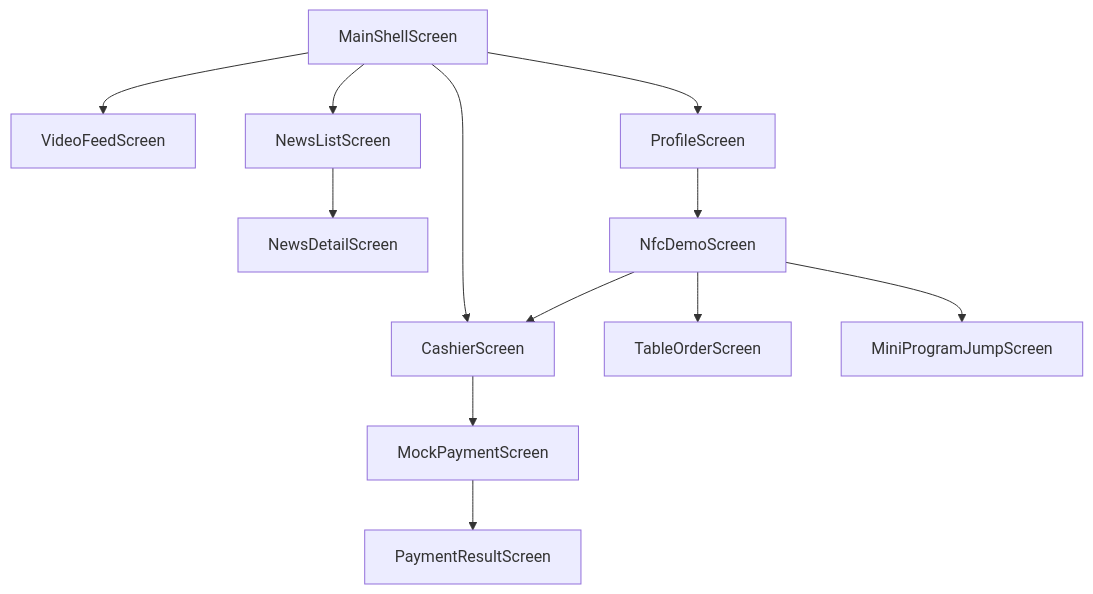
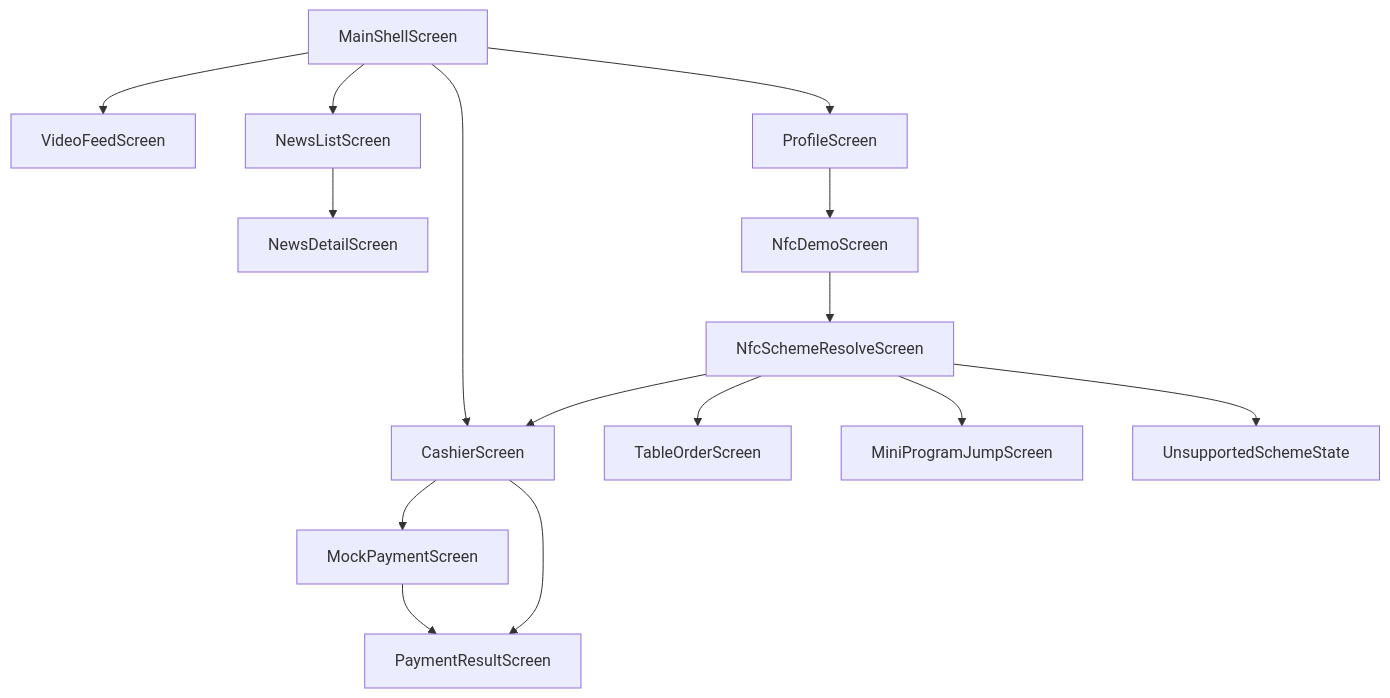
One commit to LCMJNHT/flowcast changed the diagram in docs/screen-map.md. Above: the diagram before and after it, drawn with Mermaid. The commit also changed other lines of this file and 48 other files, not shown here.

Commit message:
Enhance FlowCast demo implementation

````diff
--- a/docs/screen-map.md
+++ b/docs/screen-map.md
@@ -3,14 +5,17 @@
 ```mermaid
 flowchart TD
   A["MainShellScreen"] --> B["VideoFeedScreen"]
   A --> C["NewsListScreen"]
   A --> D["CashierScreen"]
   A --> E["ProfileScreen"]
   C --> F["NewsDetailScreen"]
   D --> G["MockPaymentScreen"]
   G --> H["PaymentResultScreen"]
   E --> I["NfcDemoScreen"]
-  I --> D
-  I --> J["TableOrderScreen"]
-  I --> K["MiniProgramJumpScreen"]
+  I --> L["NfcSchemeResolveScreen"]
+  L --> D
+  L --> J["TableOrderScreen"]
+  L --> K["MiniProgramJumpScreen"]
+  L --> M["UnsupportedSchemeState"]
+  D --> H
 ```
````
